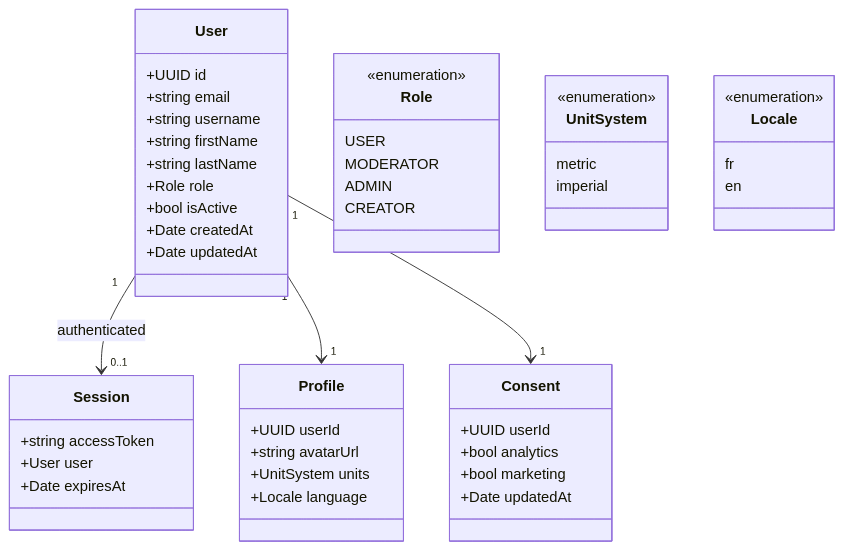
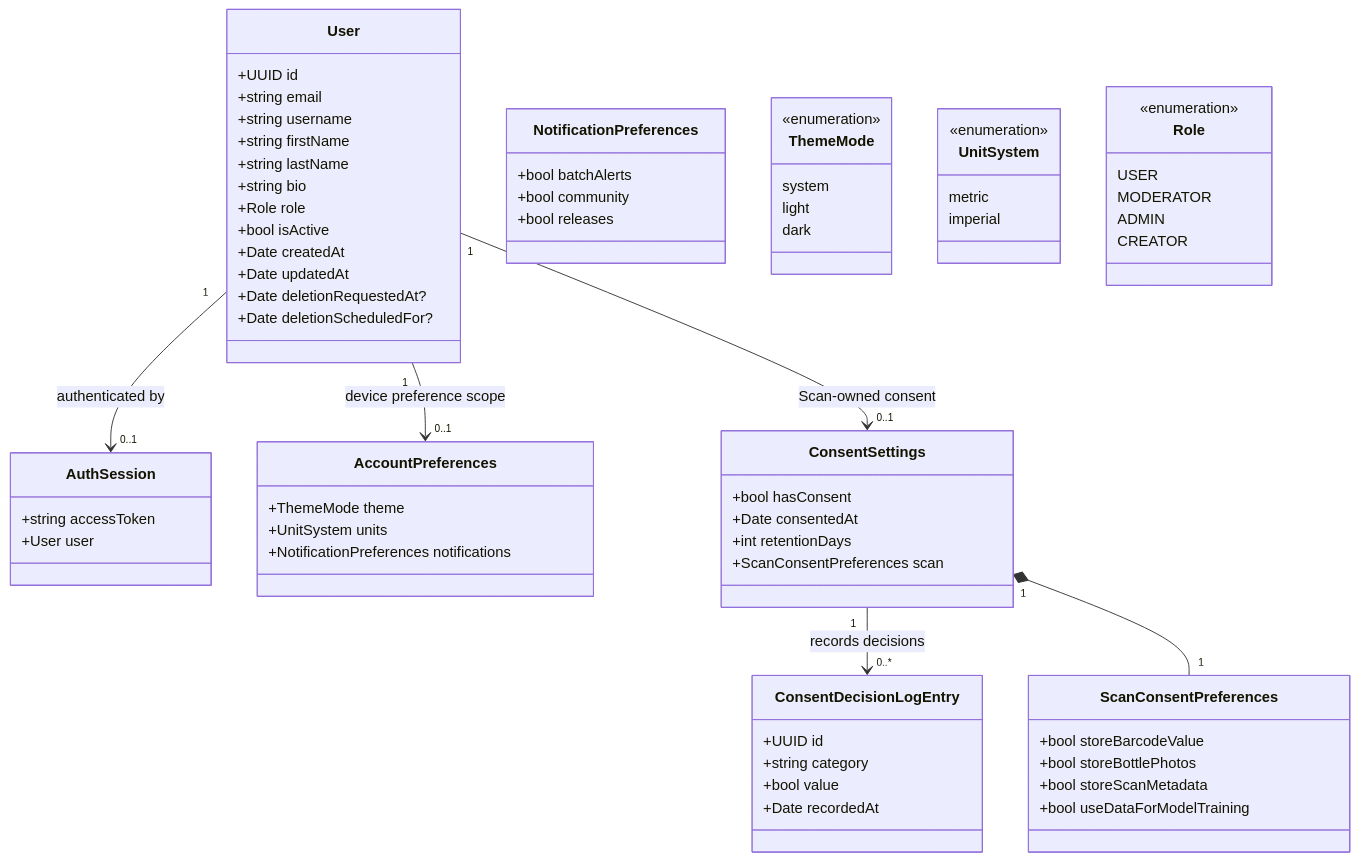
The diagram in docs/architecture/diagrams/account/04-class.md (benoit-bremaud/brasse-bouillon), drawn with Mermaid before and after one commit. The commit also changed other lines of this file and 121 other files, not shown here.

First line of the commit message:
feat(profile): account & profile space — bio, RGPD export/deletion, preferences (#1510)

````diff
--- a/docs/architecture/diagrams/account/04-class.md
+++ b/docs/architecture/diagrams/account/04-class.md
@@ -14,53 +14,82 @@
 ```mermaid
 classDiagram
   class User {
     +UUID id
     +string email
     +string username
     +string firstName
     +string lastName
+    +string bio
     +Role role
     +bool isActive
     +Date createdAt
     +Date updatedAt
+    +Date deletionRequestedAt?
+    +Date deletionScheduledFor?
   }
-  class Session {
+
+  class AuthSession {
     +string accessToken
     +User user
-    +Date expiresAt
-  }
-  class Profile {
-    +UUID userId
-    +string avatarUrl
-    +UnitSystem units
-    +Locale language
-  }
-  class Consent {
-    +UUID userId
-    +bool analytics
-    +bool marketing
-    +Date updatedAt
   }
 
-  User "1" --> "0..1" Session : authenticated
-  User "1" --> "1" Profile
-  User "1" --> "1" Consent
+  class AccountPreferences {
+    +ThemeMode theme
+    +UnitSystem units
+    +NotificationPreferences notifications
+  }
+
+  class NotificationPreferences {
+    +bool batchAlerts
+    +bool community
+    +bool releases
+  }
+
+  class ConsentSettings {
+    +bool hasConsent
+    +Date consentedAt
+    +int retentionDays
+    +ScanConsentPreferences scan
+  }
+
+  class ConsentDecisionLogEntry {
+    +UUID id
+    +string category
+    +bool value
+    +Date recordedAt
+  }
+
+  class ScanConsentPreferences {
+    +bool storeBarcodeValue
+    +bool storeBottlePhotos
+    +bool storeScanMetadata
+    +bool useDataForModelTraining
+  }
+
+  class ThemeMode {
+    <<enumeration>>
+    system
+    light
+    dark
+  }
+
+  class UnitSystem {
+    <<enumeration>>
+    metric
+    imperial
+  }
 
   class Role {
     <<enumeration>>
     USER
     MODERATOR
     ADMIN
     CREATOR
   }
-  class UnitSystem {
-    <<enumeration>>
-    metric
-    imperial
-  }
-  class Locale {
-    <<enumeration>>
-    fr
-    en
-  }
+
+  User "1" --> "0..1" AuthSession : authenticated by
+  User "1" --> "0..1" AccountPreferences : device preference scope
+  User "1" --> "0..1" ConsentSettings : Scan-owned consent
+  ConsentSettings "1" --> "0..*" ConsentDecisionLogEntry : records decisions
+  ConsentSettings "1" *-- "1" ScanConsentPreferences
 ```
````
